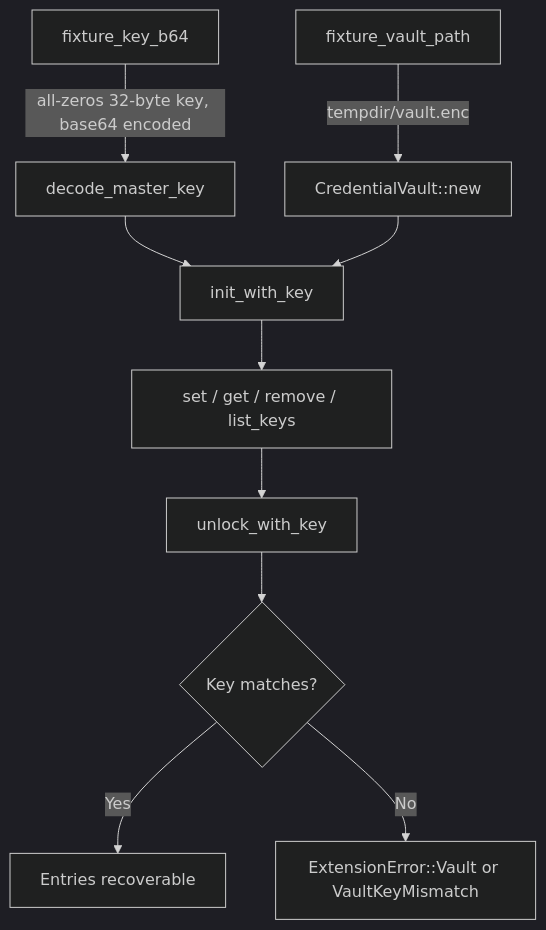
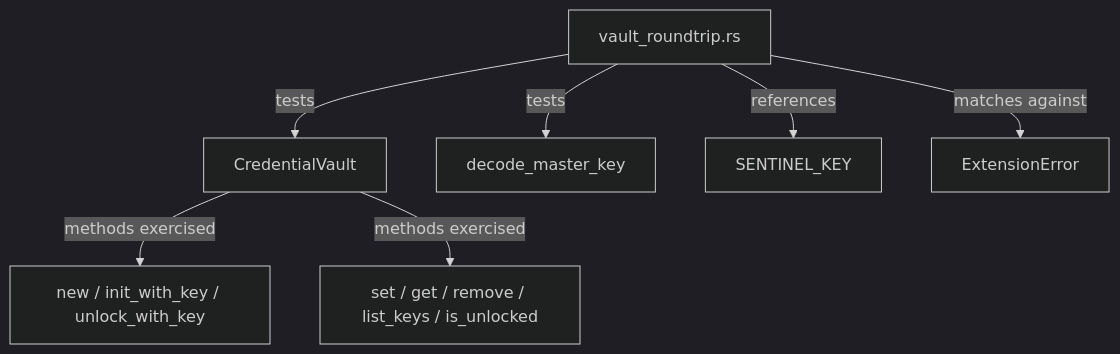
One commit to leszek3737/librefang-WIki changed the diagram in other-librefang-extensions-tests.md. Above: the diagram before and after it, drawn with Mermaid (dark theme). The commit also changed other lines of this file and 119 other files, not shown here.

````diff
--- a/other-librefang-extensions-tests.md
+++ b/other-librefang-extensions-tests.md
@@ -52,13 +70,9 @@
 ```mermaid
-flowchart TD
-    A[fixture_key_b64] -->|all-zeros 32-byte key, base64 encoded| B[decode_master_key]
-    C[fixture_vault_path] -->|tempdir/vault.enc| D[CredentialVault::new]
-
-    B --> E[init_with_key]
-    D --> E
-    E --> F[set / get / remove / list_keys]
-    F --> G[unlock_with_key]
-    G --> H{Key matches?}
-    H -- Yes --> I[Entries recoverable]
-    H -- No --> J[ExtensionError::Vault or VaultKeyMismatch]
+graph TD
+    A[vault_roundtrip.rs] -->|tests| B[CredentialVault]
+    A -->|tests| C[decode_master_key]
+    A -->|references| D[SENTINEL_KEY]
+    A -->|matches against| E[ExtensionError]
+    B -->|methods exercised| F[new / init_with_key / unlock_with_key]
+    B -->|methods exercised| G[set / get / remove / list_keys / is_unlocked]
 ```
````
